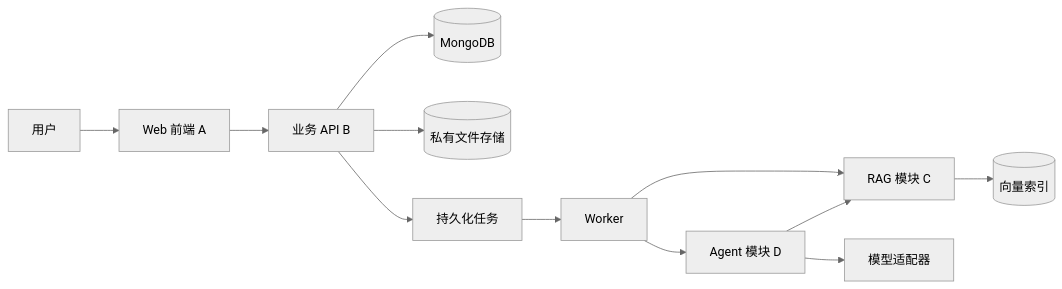
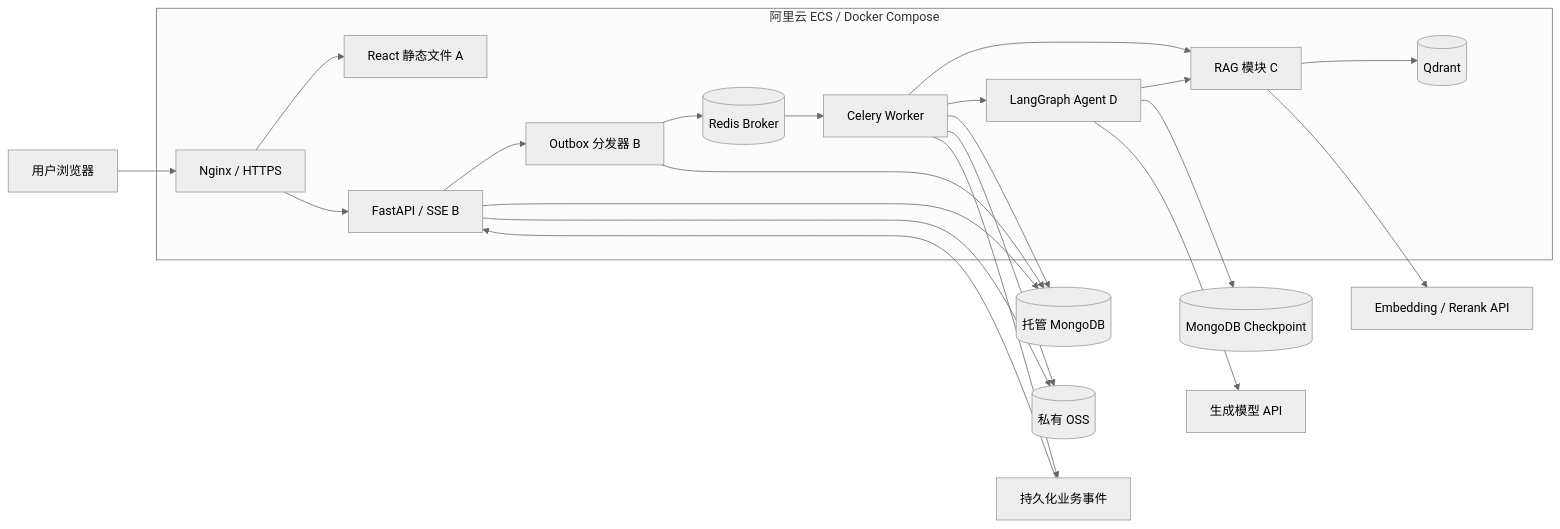
Before and after one commit to 3394666242jjy-lab/cs353fz28: the diagram in dev/02-技术架构-architecture.md, drawn with Mermaid (neutral theme). The commit also changed other lines of this file and 7 other files, not shown here.

````diff
--- a/dev/02-技术架构-architecture.md
+++ b/dev/02-技术架构-architecture.md
@@ -21,14 +25,26 @@
 ```mermaid
 flowchart LR
-    U[用户] --> F[Web 前端 A]
-    F --> API[业务 API B]
-    API --> DB[(MongoDB)]
-    API --> S[(私有文件存储)]
-    API --> J[持久化任务]
-    J --> W[Worker]
+    U[用户浏览器]
+    subgraph ECS[阿里云 ECS / Docker Compose]
+    N[Nginx / HTTPS] --> F[React 静态文件 A]
+    N --> API[FastAPI / SSE B]
+    API --> O[Outbox 分发器 B]
+    O --> Q[(Redis Broker)]
+    Q --> W[Celery Worker]
     W --> R[RAG 模块 C]
-    W --> AG[Agent 模块 D]
+    W --> AG[LangGraph Agent D]
     AG --> R
-    R --> V[(向量索引)]
-    AG --> L[模型适配器]
+    R --> V[(Qdrant)]
+    end
+    U --> N
+    API --> DB[(托管 MongoDB)]
+    O --> DB
+    W --> DB
+    AG --> CP[(MongoDB Checkpoint)]
+    API --> S[(私有 OSS)]
+    W --> S
+    R --> M[Embedding / Rerank API]
+    AG --> L[生成模型 API]
+    W --> E[持久化业务事件]
+    E --> API
 ```
````
